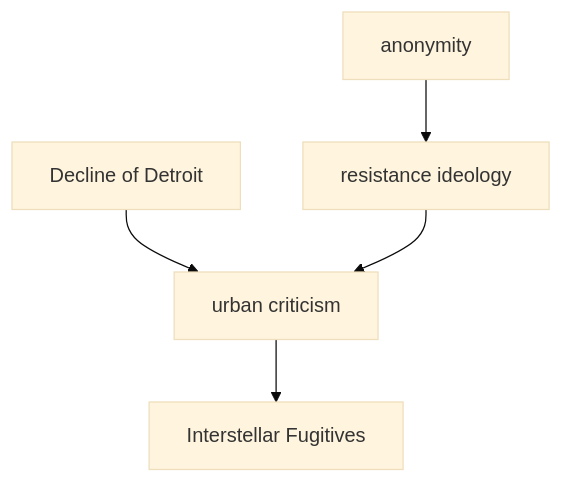
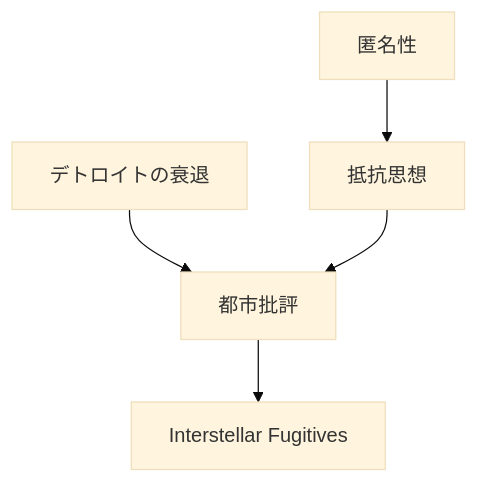
The sixth of 10 diagrams in en/_posts/2026-07-03-column-influential-album-07.md (monumental-movement/monumental-movement.github.io), drawn with Mermaid (base theme) before and after one commit. The commit also changed other lines of this file and 2196 other files, not shown here.

```diff
--- a/en/_posts/2026-07-03-column-influential-album-07.md
+++ b/en/_posts/2026-07-03-column-influential-album-07.md
@@ -1064,15 +1062,15 @@
 <div class="mermaid">
 flowchart TD
 
-A[Decline of Detroit]
-B[anonymity]
-C[resistance ideology]
-D[urban criticism]
+A[デトロイトの衰退]
+B[匿名性]
+C[抵抗思想]
+D[都市批評]
 E[Interstellar Fugitives]
 
 A --> D
 B --> C
 C --> D
 D --> E
 
 </div>
```
